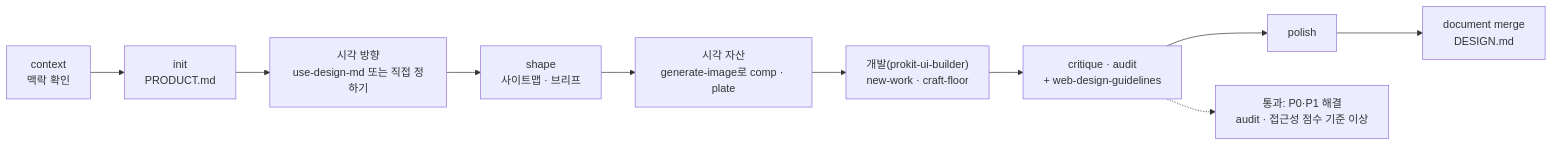
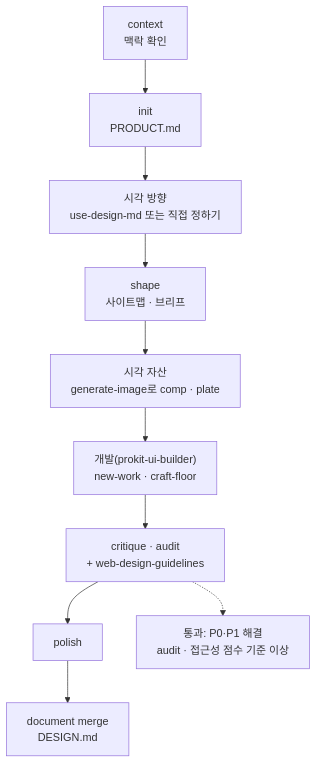
Before and after one commit to roadkwon-ai/pro-kit: the third of 6 diagrams in handbook/design/ui-flow.md, drawn with Mermaid. The commit also changed other lines of this file and 2 other files, not shown here.

````diff
--- a/handbook/design/ui-flow.md
+++ b/handbook/design/ui-flow.md
@@ -175,12 +186,17 @@
 ```mermaid
-flowchart LR
+---
+config:
+  flowchart:
+    wrappingWidth: 300
+---
+flowchart TB
   C["context<br/>맥락 확인"] --> I["init<br/>PRODUCT.md"]
   I --> V["시각 방향<br/>use-design-md 또는 직접 정하기"]
   V --> S["shape<br/>사이트맵 · 브리프"]
   S --> A["시각 자산<br/>generate-image로 comp · plate"]
   A --> B["개발(prokit-ui-builder)<br/>new-work · craft-floor"]
   B --> R["critique · audit<br/>+ web-design-guidelines"]
   R --> P["polish"]
   P --> D["document merge<br/>DESIGN.md"]
   R -.-> G["통과: P0·P1 해결<br/>audit · 접근성 점수 기준 이상"]
 ```
````
